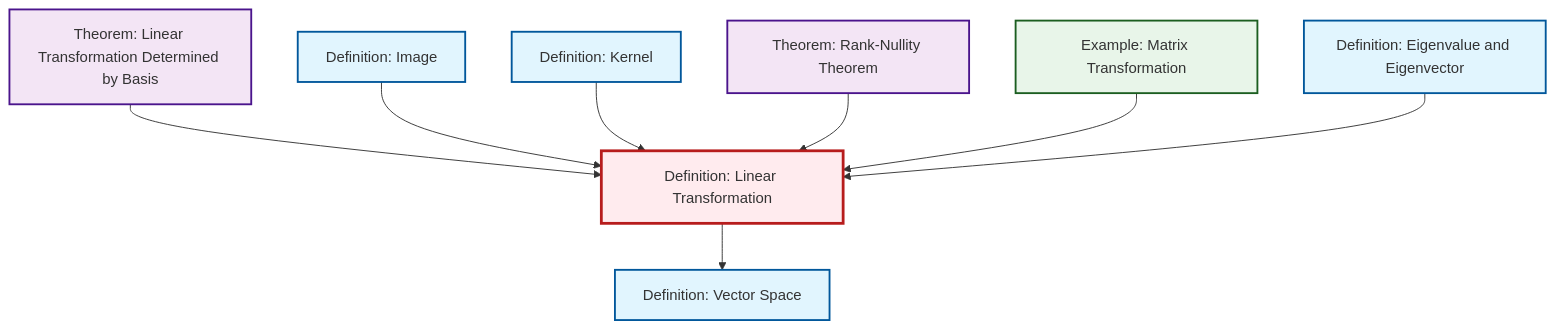
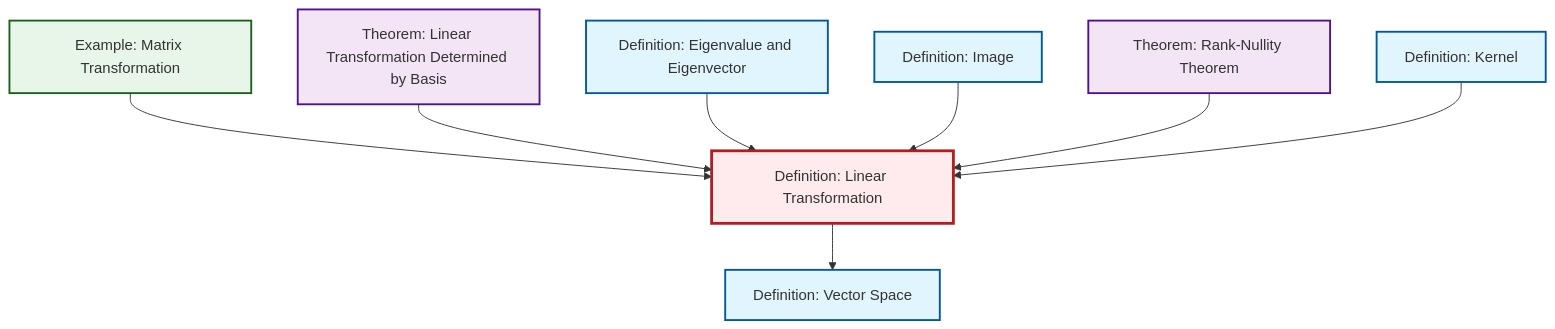
The diagram in content/en/algebra/def-linear-transformation.qmd (RK0429/ModernMath), drawn with Mermaid before and after one commit. The commit also changed other lines of this file and 434 other files, not shown here.

````diff
--- a/content/en/algebra/def-linear-transformation.qmd
+++ b/content/en/algebra/def-linear-transformation.qmd
@@ -45,32 +45,32 @@
 ```{mermaid}
 %%| fig-cap: "Local dependency graph"
 graph TD
     classDef definition fill:#e1f5fe,stroke:#01579b,stroke-width:2px
     classDef theorem fill:#f3e5f5,stroke:#4a148c,stroke-width:2px
     classDef axiom fill:#fff3e0,stroke:#e65100,stroke-width:2px
     classDef example fill:#e8f5e9,stroke:#1b5e20,stroke-width:2px
     classDef current fill:#ffebee,stroke:#b71c1c,stroke-width:3px
+    def-linear-transformation["Definition: Linear Transformation"]:::definition
+    thm-linear-transformation-basis["Theorem: Linear Transformation Determined by Basis"]:::theorem
+    ex-matrix-transformation["Example: Matrix Transformation"]:::example
     def-kernel["Definition: Kernel"]:::definition
+    def-image["Definition: Image"]:::definition
+    def-eigenvalue-eigenvector["Definition: Eigenvalue and Eigenvector"]:::definition
+    thm-rank-nullity["Theorem: Rank-Nullity Theorem"]:::theorem
     def-vector-space["Definition: Vector Space"]:::definition
-    ex-matrix-transformation["Example: Matrix Transformation"]:::example
-    thm-rank-nullity["Theorem: Rank-Nullity Theorem"]:::theorem
-    def-image["Definition: Image"]:::definition
-    def-linear-transformation["Definition: Linear Transformation"]:::definition
-    def-eigenvalue-eigenvector["Definition: Eigenvalue and Eigenvector"]:::definition
-    thm-linear-transformation-basis["Theorem: Linear Transformation Determined by Basis"]:::theorem
+    ex-matrix-transformation --> def-linear-transformation
     def-linear-transformation --> def-vector-space
     thm-linear-transformation-basis --> def-linear-transformation
+    def-eigenvalue-eigenvector --> def-linear-transformation
     def-image --> def-linear-transformation
+    thm-rank-nullity --> def-linear-transformation
     def-kernel --> def-linear-transformation
-    thm-rank-nullity --> def-linear-transformation
-    ex-matrix-transformation --> def-linear-transformation
-    def-eigenvalue-eigenvector --> def-linear-transformation
     class def-linear-transformation current
+    click thm-linear-transformation-basis "thm-linear-transformation-basis.html" "Go to Linear Transformation Determined by Basis theorem"
+    click ex-matrix-transformation "ex-matrix-transformation.html" "Go to Matrix Transformation example"
     click def-kernel "def-kernel.html" "Go to Kernel definition"
-    click def-vector-space "def-vector-space.html" "Go to Vector Space definition"
-    click ex-matrix-transformation "ex-matrix-transformation.html" "Go to Matrix Transformation example"
-    click thm-rank-nullity "thm-rank-nullity.html" "Go to Rank-Nullity Theorem theorem"
     click def-image "def-image.html" "Go to Image definition"
     click def-eigenvalue-eigenvector "def-eigenvalue-eigenvector.html" "Go to Eigenvalue and Eigenvector definition"
-    click thm-linear-transformation-basis "thm-linear-transformation-basis.html" "Go to Linear Transformation Determined by Basis theorem"
+    click thm-rank-nullity "thm-rank-nullity.html" "Go to Rank-Nullity Theorem theorem"
+    click def-vector-space "def-vector-space.html" "Go to Vector Space definition"
 ```
````
